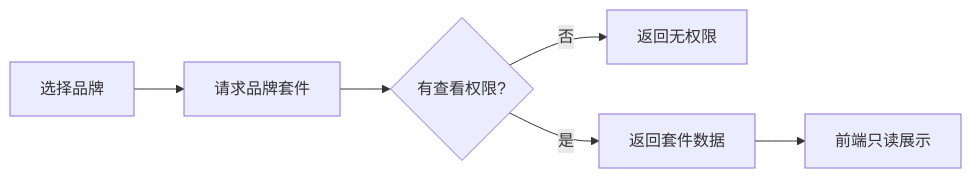
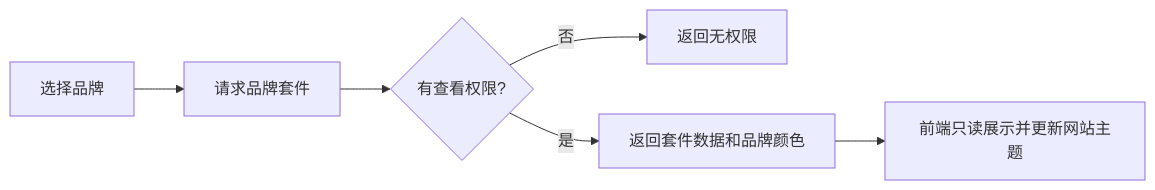
One commit to hippo61666/- changed the second of 3 diagrams in docs/backend-logic-brief.md. Above: the diagram before and after it, drawn with Mermaid. The commit also changed other lines of this file and 3 other files, not shown here.

````diff
--- a/docs/backend-logic-brief.md
+++ b/docs/backend-logic-brief.md
@@ -118,8 +135,8 @@
 ```mermaid
 flowchart LR
     A[选择品牌] --> B[请求品牌套件]
     B --> C{有查看权限?}
     C -- 否 --> D[返回无权限]
-    C -- 是 --> E[返回套件数据]
-    E --> F[前端只读展示]
+    C -- 是 --> E[返回套件数据和品牌颜色]
+    E --> F[前端只读展示并更新网站主题]
 ```
````
